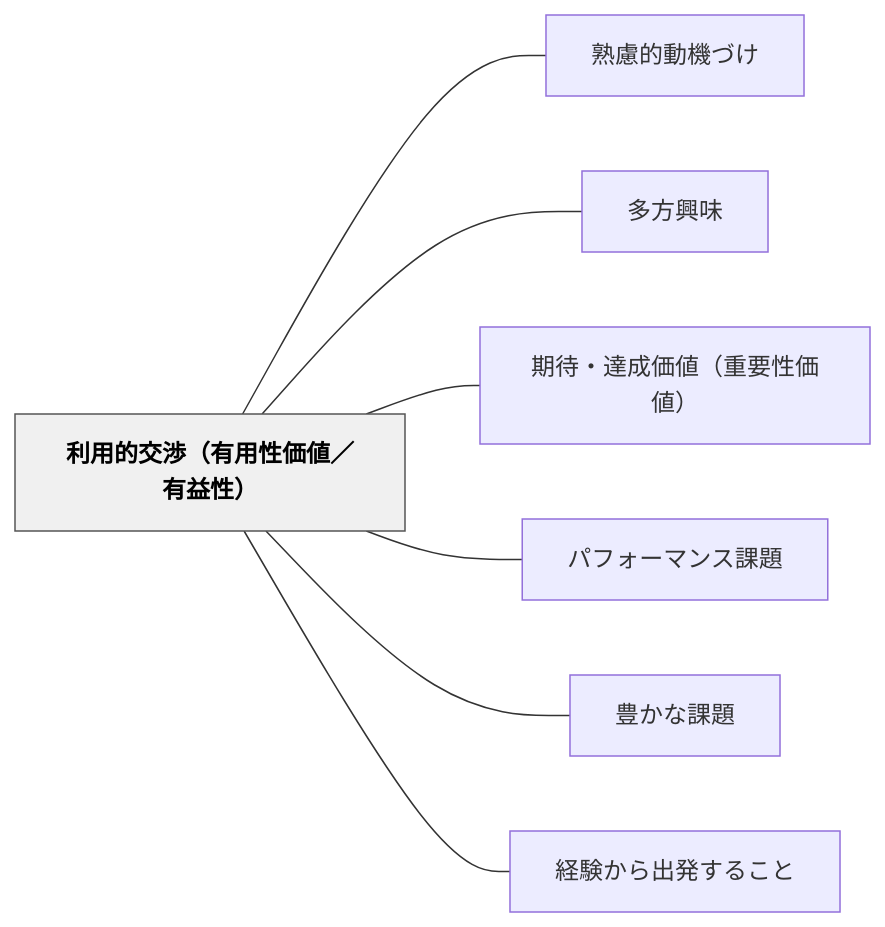
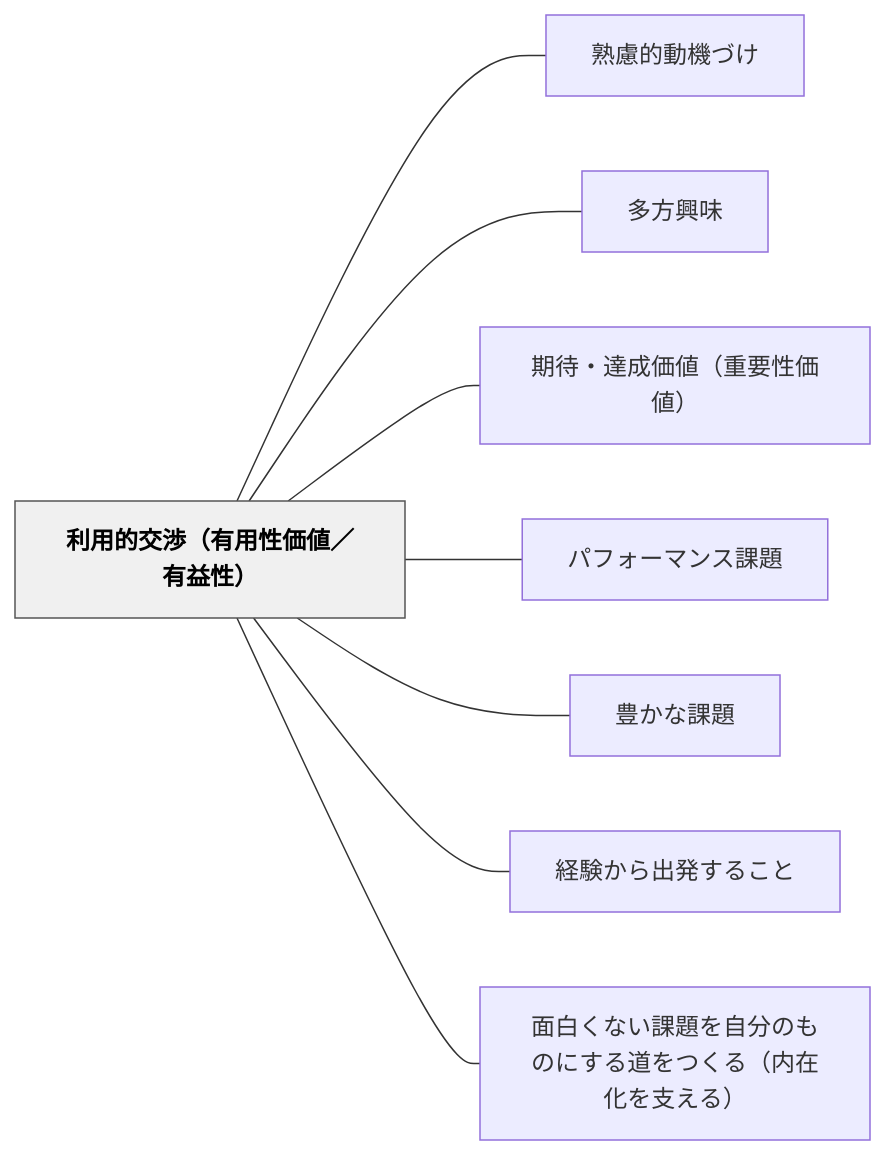
Before and after one commit to unknownthings-ed-patterns/unknownthings-ed-patterns: the diagram in content/パタン/利用的交渉（有用性価値／有益性）.md, drawn with Mermaid. The commit also changed other lines of this file and 17 other files, not shown here.

````diff
--- a/content/パタン/利用的交渉（有用性価値／有益性）.md
+++ b/content/パタン/利用的交渉（有用性価値／有益性）.md
@@ -39,20 +39,22 @@
 ```mermaid
 flowchart LR
     ne588a9e794a8e79a84e4baa4e6b889efbc88e69c89e794a8e680a7e4bea1e580a4efbc8fe69c89e79b8ae680a7efbc89["利用的交渉（有用性価値／有益性）"]
     ne7869fe685aee79a84e58b95e6a99fe381a5e38191["熟慮的動機づけ"]
     ne5a49ae696b9e88888e591b3["多方興味"]
     ne69c9fe5be85e383bbe98194e68890e4bea1e580a4efbc88e9878de8a681e680a7e4bea1e580a4efbc89["期待・達成価値（重要性価値）"]
     ne38391e38395e382a9e383bce3839ee383b3e382b9e8aab2e9a18c["パフォーマンス課題"]
     ne8b18ae3818be381aae8aab2e9a18c["豊かな課題"]
     ne7b58ce9a893e3818be38289e587bae799bae38199e3828be38193e381a8["経験から出発すること"]
+    ne99da2e799bde3818fe381aae38184e8aab2e9a18ce38292e887aae58886e381aee38282e381aee381abe38199e3828be98193e38292e381a4e3818fe3828befbc88e58685e59ca8e58c96e38292e694afe38188e3828befbc89["面白くない課題を自分のものにする道をつくる（内在化を支える）"]
 
     ne588a9e794a8e79a84e4baa4e6b889efbc88e69c89e794a8e680a7e4bea1e580a4efbc8fe69c89e79b8ae680a7efbc89 --- ne7869fe685aee79a84e58b95e6a99fe381a5e38191
     ne588a9e794a8e79a84e4baa4e6b889efbc88e69c89e794a8e680a7e4bea1e580a4efbc8fe69c89e79b8ae680a7efbc89 --- ne5a49ae696b9e88888e591b3
     ne588a9e794a8e79a84e4baa4e6b889efbc88e69c89e794a8e680a7e4bea1e580a4efbc8fe69c89e79b8ae680a7efbc89 --- ne69c9fe5be85e383bbe98194e68890e4bea1e580a4efbc88e9878de8a681e680a7e4bea1e580a4efbc89
     ne588a9e794a8e79a84e4baa4e6b889efbc88e69c89e794a8e680a7e4bea1e580a4efbc8fe69c89e79b8ae680a7efbc89 --- ne38391e38395e382a9e383bce3839ee383b3e382b9e8aab2e9a18c
     ne588a9e794a8e79a84e4baa4e6b889efbc88e69c89e794a8e680a7e4bea1e580a4efbc8fe69c89e79b8ae680a7efbc89 --- ne8b18ae3818be381aae8aab2e9a18c
     ne588a9e794a8e79a84e4baa4e6b889efbc88e69c89e794a8e680a7e4bea1e580a4efbc8fe69c89e79b8ae680a7efbc89 --- ne7b58ce9a893e3818be38289e587bae799bae38199e3828be38193e381a8
+    ne588a9e794a8e79a84e4baa4e6b889efbc88e69c89e794a8e680a7e4bea1e580a4efbc8fe69c89e79b8ae680a7efbc89 --- ne99da2e799bde3818fe381aae38184e8aab2e9a18ce38292e887aae58886e381aee38282e381aee381abe38199e3828be98193e38292e381a4e3818fe3828befbc88e58685e59ca8e58c96e38292e694afe38188e3828befbc89
 
     classDef hub fill:#f0f0f0,stroke:#555,color:#000,font-weight:bold
     class ne588a9e794a8e79a84e4baa4e6b889efbc88e69c89e794a8e680a7e4bea1e580a4efbc8fe69c89e79b8ae680a7efbc89 hub
 ```
````
